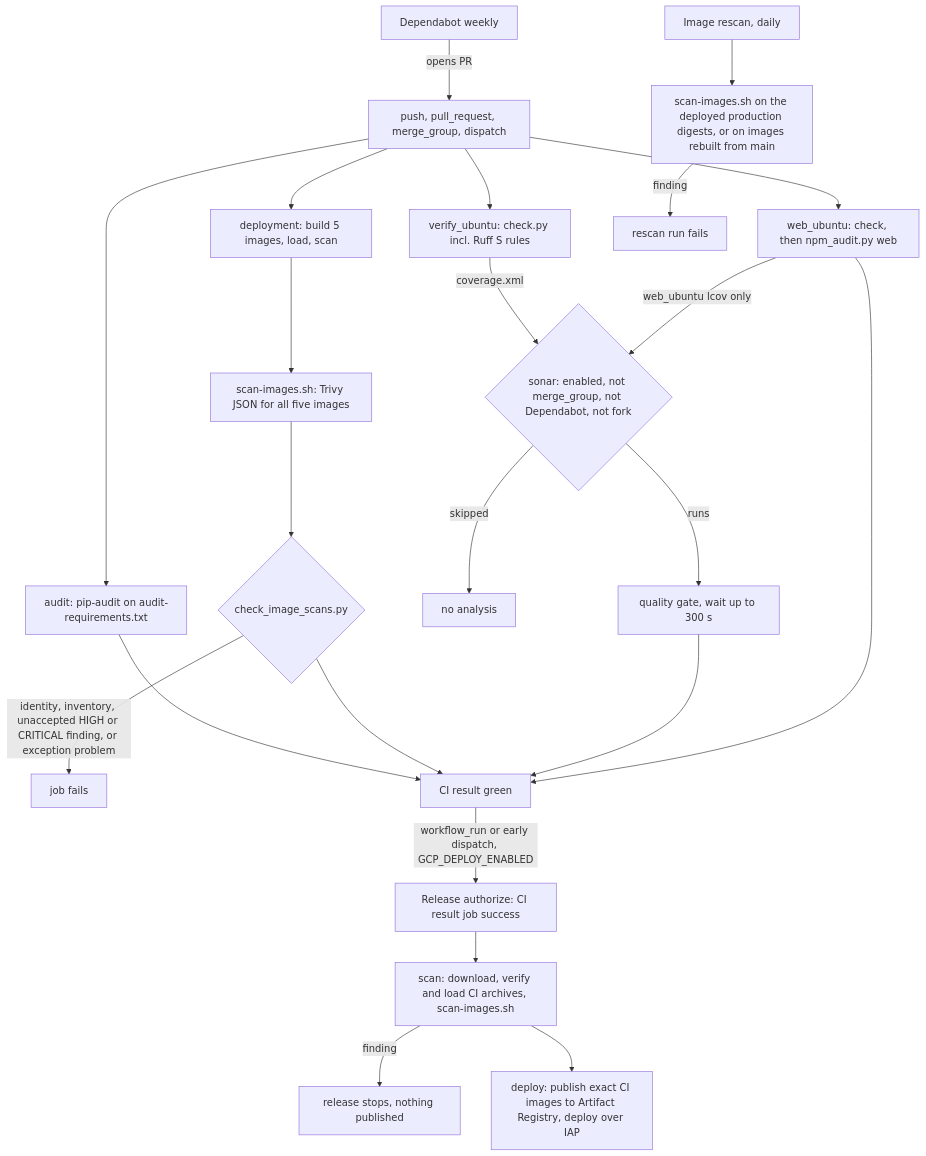
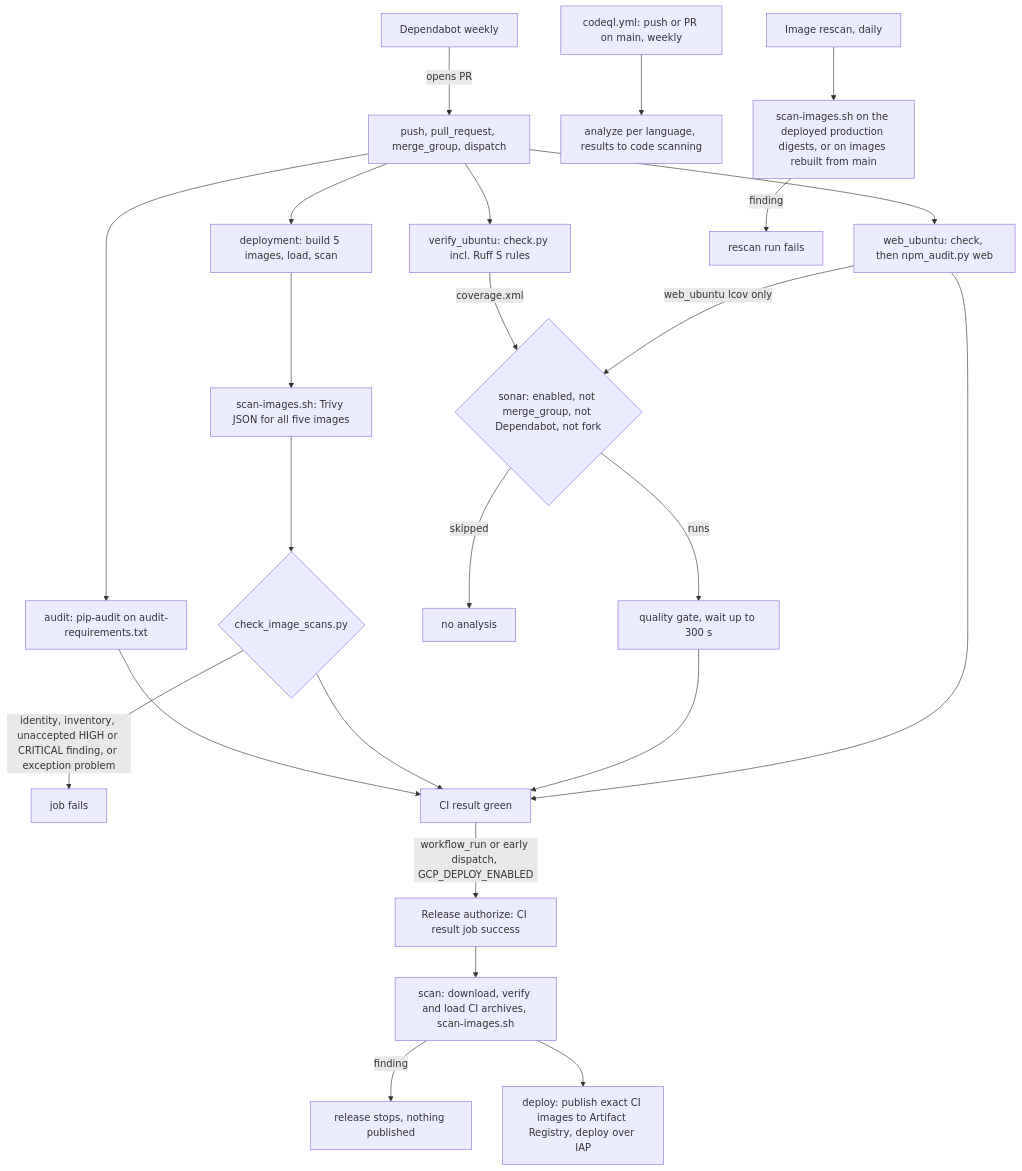
One commit to erkurtharun/pyracast changed the diagram in docs/flows/dependency-and-code-scanning.md. Above: the diagram before and after it, drawn with Mermaid. The commit also changed other lines of this file and 52 other files, not shown here.

First line of the commit message:
Bring the flow pages in line with account erasure, typed plant values, on-demand loading, operations events and provider accounts

````diff
--- a/docs/flows/dependency-and-code-scanning.md
+++ b/docs/flows/dependency-and-code-scanning.md
@@ -20,25 +21,26 @@
 ```mermaid
 flowchart TD
   trig["push, pull_request, merge_group, dispatch"] --> aud["audit: pip-audit on audit-requirements.txt"]
   trig --> web["web_ubuntu: check, then npm_audit.py web"]
   trig --> ver["verify_ubuntu: check.py incl. Ruff S rules"]
   trig --> dep["deployment: build 5 images, load, scan"]
   dbot["Dependabot weekly"] -->|"opens PR"| trig
+  cq["codeql.yml: push or PR on main, weekly"] --> cqa["analyze per language, results to code scanning"]
   dep --> ss["scan-images.sh: Trivy JSON for all five images"]
   ss --> chk{"check_image_scans.py"}
   chk -->|"identity, inventory, unaccepted HIGH or CRITICAL finding, or exception problem"| red["job fails"]
   ver -->|"coverage.xml"| son
   web -->|"web_ubuntu lcov only"| son{"sonar: enabled, not merge_group, not Dependabot, not fork"}
   son -->|"skipped"| skip["no analysis"]
   son -->|"runs"| qg["quality gate, wait up to 300 s"]
   aud --> ok["CI result green"]
   chk --> ok
   qg --> ok
   web --> ok
   ok -->|"workflow_run or early dispatch, GCP_DEPLOY_ENABLED"| auth["Release authorize: CI result job success"]
   auth --> rs["scan: download, verify and load CI archives, scan-images.sh"]
   rs -->|"finding"| stop["release stops, nothing published"]
   rs --> pub["deploy: publish exact CI images to Artifact Registry, deploy over IAP"]
   daily["Image rescan, daily"] --> ss2["scan-images.sh on the deployed production digests, or on images rebuilt from main"]
   ss2 -->|"finding"| red2["rescan run fails"]
 ```
````
